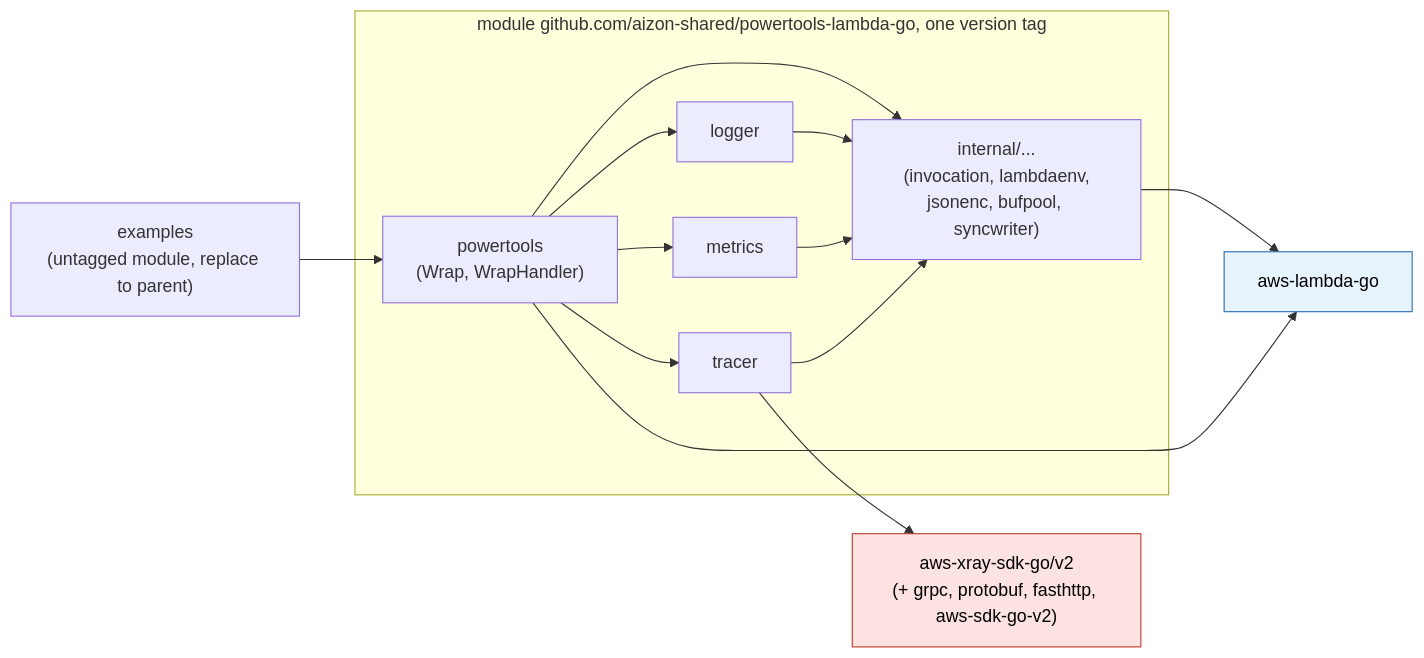
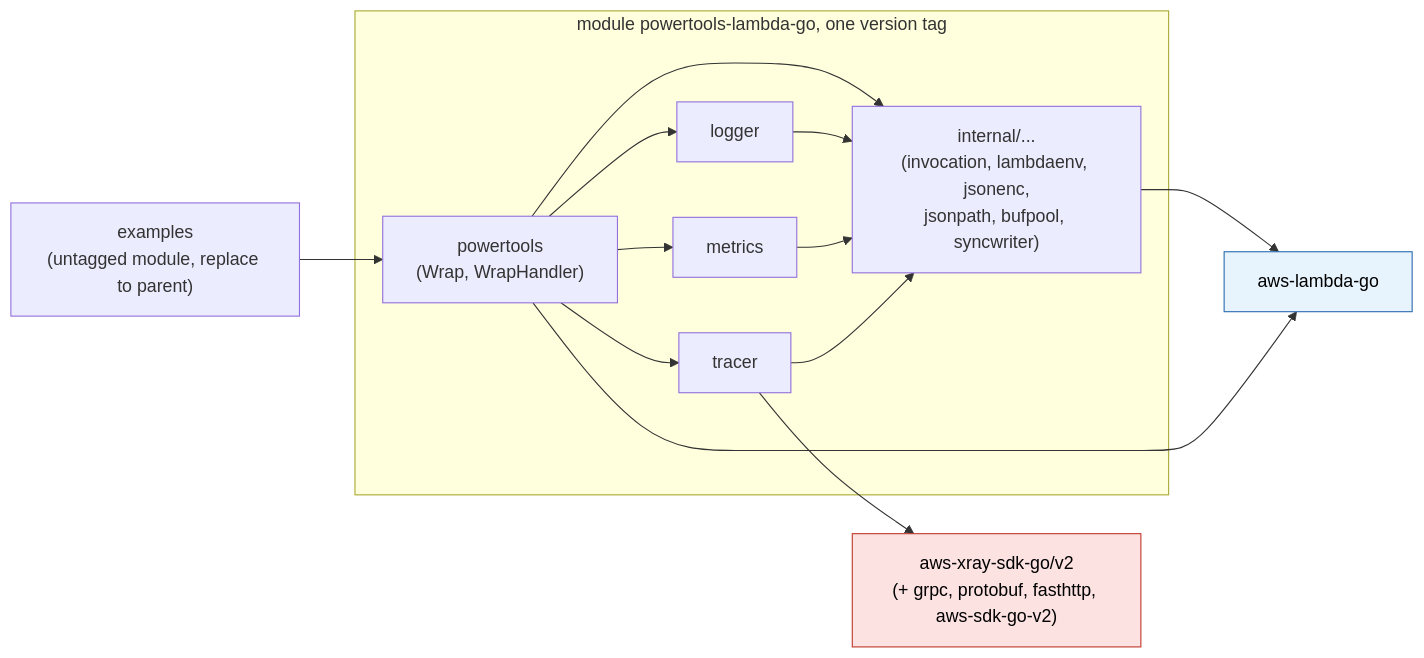
One commit to christiangda/powertools-lambda-go-plan changed the first of 2 diagrams in README.md. Above: the diagram before and after it, drawn with Mermaid. The commit also changed other lines of this file and 11 other files, not shown here.

````diff
--- a/README.md
+++ b/README.md
@@ -105,28 +169,28 @@
 ```mermaid
 flowchart LR
-  subgraph mod["module github.com/aizon-shared/powertools-lambda-go, one version tag"]
+  subgraph mod["module powertools-lambda-go, one version tag"]
     root["powertools<br/>(Wrap, WrapHandler)"]
     logger["logger"]
     metrics["metrics"]
     tracer["tracer"]
-    internal["internal/...<br/>(invocation, lambdaenv,<br/>jsonenc, bufpool, syncwriter)"]
+    internal["internal/...<br/>(invocation, lambdaenv, jsonenc,<br/>jsonpath, bufpool, syncwriter)"]
   end
   lambdago["aws-lambda-go"]
   xray["aws-xray-sdk-go/v2<br/>(+ grpc, protobuf, fasthttp, aws-sdk-go-v2)"]
   examples["examples<br/>(untagged module, replace to parent)"]
   root --> logger
   root --> metrics
   root --> tracer
   root --> internal
   logger --> internal
   metrics --> internal
   tracer --> internal
   tracer --> xray
   internal --> lambdago
   root --> lambdago
   examples --> root
   classDef heavy fill:#fde2e2,stroke:#c0392b,color:#000;
   classDef std fill:#e8f4fd,stroke:#2b6cb0,color:#000;
   class xray heavy;
   class lambdago std;
 ```
````
